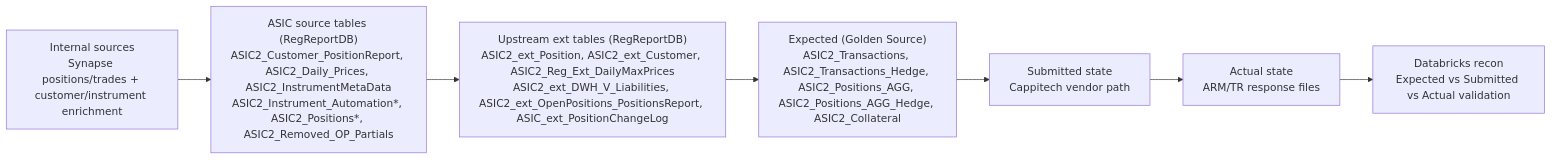
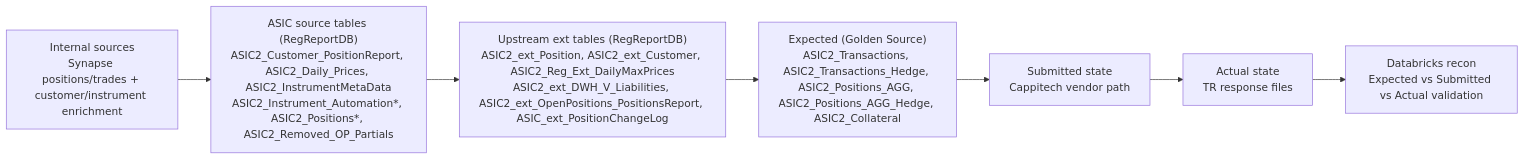
One commit to valentinosko-hub/RegTech changed the third of 8 diagrams in regtech-automation-project/diagrams/reporting-model-data-source-flows.md. Above: the diagram before and after it, drawn with Mermaid. The commit also changed other lines of this file and 14 other files, not shown here.

Commit message:
Clarify MiFID ARM vs EMIR/ASIC TR taxonomy across diagrams

````diff
--- a/regtech-automation-project/diagrams/reporting-model-data-source-flows.md
+++ b/regtech-automation-project/diagrams/reporting-model-data-source-flows.md
@@ -37,12 +37,12 @@
 ```mermaid
 flowchart LR
   A["Internal sources<br/>Synapse positions/trades + customer/instrument enrichment"]
   B["ASIC source tables (RegReportDB)<br/>ASIC2_Customer_PositionReport, ASIC2_Daily_Prices, ASIC2_InstrumentMetaData<br/>ASIC2_Instrument_Automation*, ASIC2_Positions*, ASIC2_Removed_OP_Partials"]
   C["Upstream ext tables (RegReportDB)<br/>ASIC2_ext_Position, ASIC2_ext_Customer, ASIC2_Reg_Ext_DailyMaxPrices<br/>ASIC2_ext_DWH_V_Liabilities, ASIC2_ext_OpenPositions_PositionsReport, ASIC_ext_PositionChangeLog"]
   D["Expected (Golden Source)<br/>ASIC2_Transactions, ASIC2_Transactions_Hedge, ASIC2_Positions_AGG, ASIC2_Positions_AGG_Hedge, ASIC2_Collateral"]
   E["Submitted state<br/>Cappitech vendor path"]
-  F["Actual state<br/>ARM/TR response files"]
+  F["Actual state<br/>TR response files"]
   G["Databricks recon<br/>Expected vs Submitted vs Actual validation"]
 
   A --> B --> C --> D --> E --> F --> G
 ```
````
